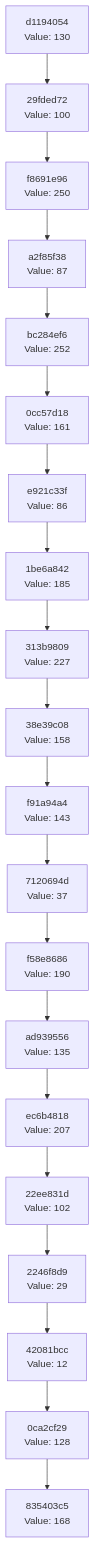
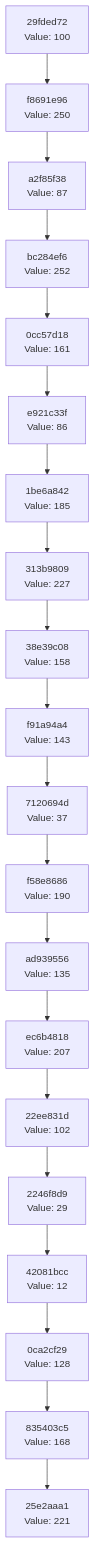
Before and after one commit to Abhisheksinha1506/hash-chain-evolver: the diagram in docs/CHAIN_VISUALIZATION.md, drawn with Mermaid. The commit also changed 2 other files, not shown here.

Commit message:
Evolution Step

````diff
--- a/docs/CHAIN_VISUALIZATION.md
+++ b/docs/CHAIN_VISUALIZATION.md
@@ -3,42 +3,42 @@
 ```mermaid
 graph TD
-    C0["835403c5<br/>Value: 168"]
-    C1["0ca2cf29<br/>Value: 128"]
+    C0["25e2aaa1<br/>Value: 221"]
+    C1["835403c5<br/>Value: 168"]
     C1 --> C0
-    C2["42081bcc<br/>Value: 12"]
+    C2["0ca2cf29<br/>Value: 128"]
     C2 --> C1
-    C3["2246f8d9<br/>Value: 29"]
+    C3["42081bcc<br/>Value: 12"]
     C3 --> C2
-    C4["22ee831d<br/>Value: 102"]
+    C4["2246f8d9<br/>Value: 29"]
     C4 --> C3
-    C5["ec6b4818<br/>Value: 207"]
+    C5["22ee831d<br/>Value: 102"]
     C5 --> C4
-    C6["ad939556<br/>Value: 135"]
+    C6["ec6b4818<br/>Value: 207"]
     C6 --> C5
-    C7["f58e8686<br/>Value: 190"]
+    C7["ad939556<br/>Value: 135"]
     C7 --> C6
-    C8["7120694d<br/>Value: 37"]
+    C8["f58e8686<br/>Value: 190"]
     C8 --> C7
-    C9["f91a94a4<br/>Value: 143"]
+    C9["7120694d<br/>Value: 37"]
     C9 --> C8
-    C10["38e39c08<br/>Value: 158"]
+    C10["f91a94a4<br/>Value: 143"]
     C10 --> C9
-    C11["313b9809<br/>Value: 227"]
+    C11["38e39c08<br/>Value: 158"]
     C11 --> C10
-    C12["1be6a842<br/>Value: 185"]
+    C12["313b9809<br/>Value: 227"]
     C12 --> C11
-    C13["e921c33f<br/>Value: 86"]
+    C13["1be6a842<br/>Value: 185"]
     C13 --> C12
-    C14["0cc57d18<br/>Value: 161"]
+    C14["e921c33f<br/>Value: 86"]
     C14 --> C13
-    C15["bc284ef6<br/>Value: 252"]
+    C15["0cc57d18<br/>Value: 161"]
     C15 --> C14
-    C16["a2f85f38<br/>Value: 87"]
+    C16["bc284ef6<br/>Value: 252"]
     C16 --> C15
-    C17["f8691e96<br/>Value: 250"]
+    C17["a2f85f38<br/>Value: 87"]
     C17 --> C16
-    C18["29fded72<br/>Value: 100"]
+    C18["f8691e96<br/>Value: 250"]
     C18 --> C17
-    C19["d1194054<br/>Value: 130"]
+    C19["29fded72<br/>Value: 100"]
     C19 --> C18
 ```
````
